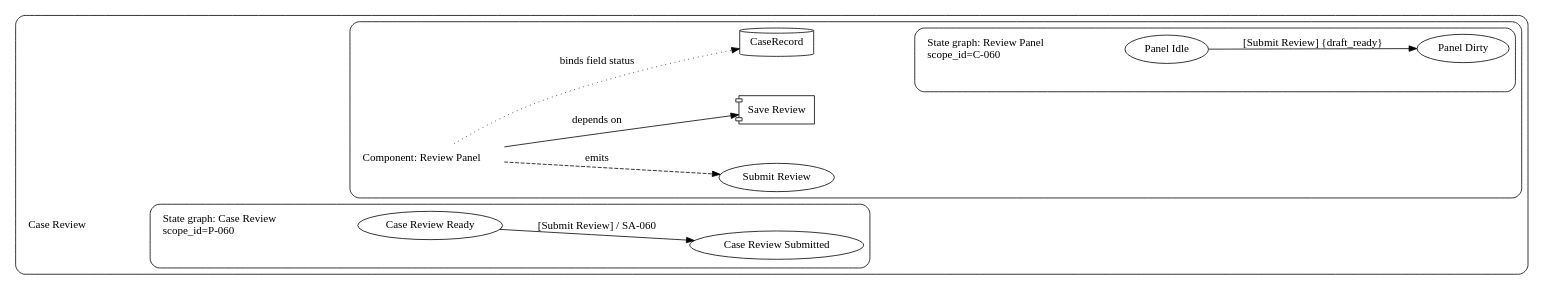
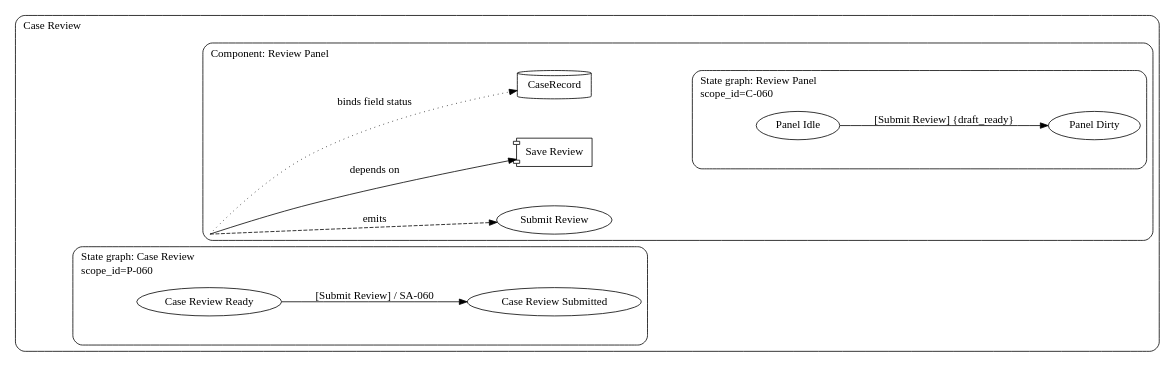
One commit to knutopia/Structured-Design-Documents changed the diagram in examples/rendered/v0.1/ui_contracts_diagram_type/ui_state_fallback_example/simple_profile/ui_state_fallback.ui_contracts.dot. Above: the diagram before and after it, drawn with Graphviz. The commit also changed 29 other files, not shown here.

```diff
--- a/examples/rendered/v0.1/ui_contracts_diagram_type/ui_state_fallback_example/simple_profile/ui_state_fallback.ui_contracts.dot
+++ b/examples/rendered/v0.1/ui_contracts_diagram_type/ui_state_fallback_example/simple_profile/ui_state_fallback.ui_contracts.dot
@@ -1,39 +1,39 @@
 digraph ui_contracts {
   rankdir=LR;
   graph [fontname="Public Sans", compound=true, nodesep=0.7, ranksep=1.0];
   node [fontname="Public Sans"];
   edge [fontname="Public Sans"];
   subgraph cluster_P_060 {
-    graph [label="", style="rounded"];
-    "P-060__title" [shape="plaintext", label="Case Review\l"];
+    graph [label=<<TABLE BORDER="0" CELLBORDER="0" CELLPADDING="0"><TR><TD ALIGN="LEFT">Case Review</TD></TR></TABLE>>, style="rounded", labelloc="t", labeljust="l"];
+    "P-060__anchor" [label="", shape="point", width=0, height=0, style="invis"];
     subgraph cluster_secondary_state_group_P_060 {
-      graph [label="", style="rounded"];
-      "secondary_state_group:P-060__title" [shape="plaintext", label="State graph: Case Review\lscope_id=P-060\l"];
+      graph [label=<<TABLE BORDER="0" CELLBORDER="0" CELLPADDING="0"><TR><TD ALIGN="LEFT">State graph: Case Review</TD></TR><TR><TD ALIGN="LEFT">scope_id=P-060</TD></TR></TABLE>>, style="rounded", labelloc="t", labeljust="l"];
+      "secondary_state_group:P-060__anchor" [label="", shape="point", width=0, height=0, style="invis"];
       "ST-060a" [shape="ellipse", label="Case Review Ready"];
       "ST-060b" [shape="ellipse", label="Case Review Submitted"];
     }
     subgraph cluster_C_060 {
-      graph [label="", style="rounded"];
-      "C-060__title" [shape="plaintext", label="Component: Review Panel\l"];
+      graph [label=<<TABLE BORDER="0" CELLBORDER="0" CELLPADDING="0"><TR><TD ALIGN="LEFT">Component: Review Panel</TD></TR></TABLE>>, style="rounded", labelloc="t", labeljust="l"];
+      "C-060__anchor" [label="", shape="point", width=0, height=0, style="invis"];
       "E-060" [shape="oval", label="Submit Review"];
       "SA-060" [shape="component", label="Save Review"];
       "D-060" [shape="cylinder", label="CaseRecord"];
       subgraph cluster_secondary_state_group_C_060 {
-        graph [label="", style="rounded"];
-        "secondary_state_group:C-060__title" [shape="plaintext", label="State graph: Review Panel\lscope_id=C-060\l"];
+        graph [label=<<TABLE BORDER="0" CELLBORDER="0" CELLPADDING="0"><TR><TD ALIGN="LEFT">State graph: Review Panel</TD></TR><TR><TD ALIGN="LEFT">scope_id=C-060</TD></TR></TABLE>>, style="rounded", labelloc="t", labeljust="l"];
+        "secondary_state_group:C-060__anchor" [label="", shape="point", width=0, height=0, style="invis"];
         "ST-061a" [shape="ellipse", label="Panel Idle"];
         "ST-061b" [shape="ellipse", label="Panel Dirty"];
       }
     }
   }
-  "P-060__title" -> "secondary_state_group:P-060__title" [style=invis, weight=100];
-  "secondary_state_group:P-060__title" -> "C-060__title" [style=invis, weight=100];
-  "secondary_state_group:P-060__title" -> "ST-060a" [style=invis, weight=100];
-  "D-060" -> "secondary_state_group:C-060__title" [style=invis, weight=100];
-  "secondary_state_group:C-060__title" -> "ST-061a" [style=invis, weight=100];
-  "C-060__title" -> "D-060" [label="binds field status", style="dotted", constraint=true];
-  "C-060__title" -> "SA-060" [label="depends on", constraint=true];
-  "C-060__title" -> "E-060" [label="emits", style="dashed", constraint=true];
+  "P-060__anchor" -> "secondary_state_group:P-060__anchor" [style=invis, weight=100];
+  "secondary_state_group:P-060__anchor" -> "C-060__anchor" [style=invis, weight=100];
+  "secondary_state_group:P-060__anchor" -> "ST-060a" [style=invis, weight=100];
+  "D-060" -> "secondary_state_group:C-060__anchor" [style=invis, weight=100];
+  "secondary_state_group:C-060__anchor" -> "ST-061a" [style=invis, weight=100];
+  "C-060__anchor" -> "D-060" [label="binds field status", style="dotted", constraint=true];
+  "C-060__anchor" -> "SA-060" [label="depends on", constraint=true];
+  "C-060__anchor" -> "E-060" [label="emits", style="dashed", constraint=true];
   "ST-060a" -> "ST-060b" [label="[Submit Review] / SA-060", style="solid", weight=4];
   "ST-061a" -> "ST-061b" [label="[Submit Review] {draft_ready}", style="solid", weight=4];
 }
```
